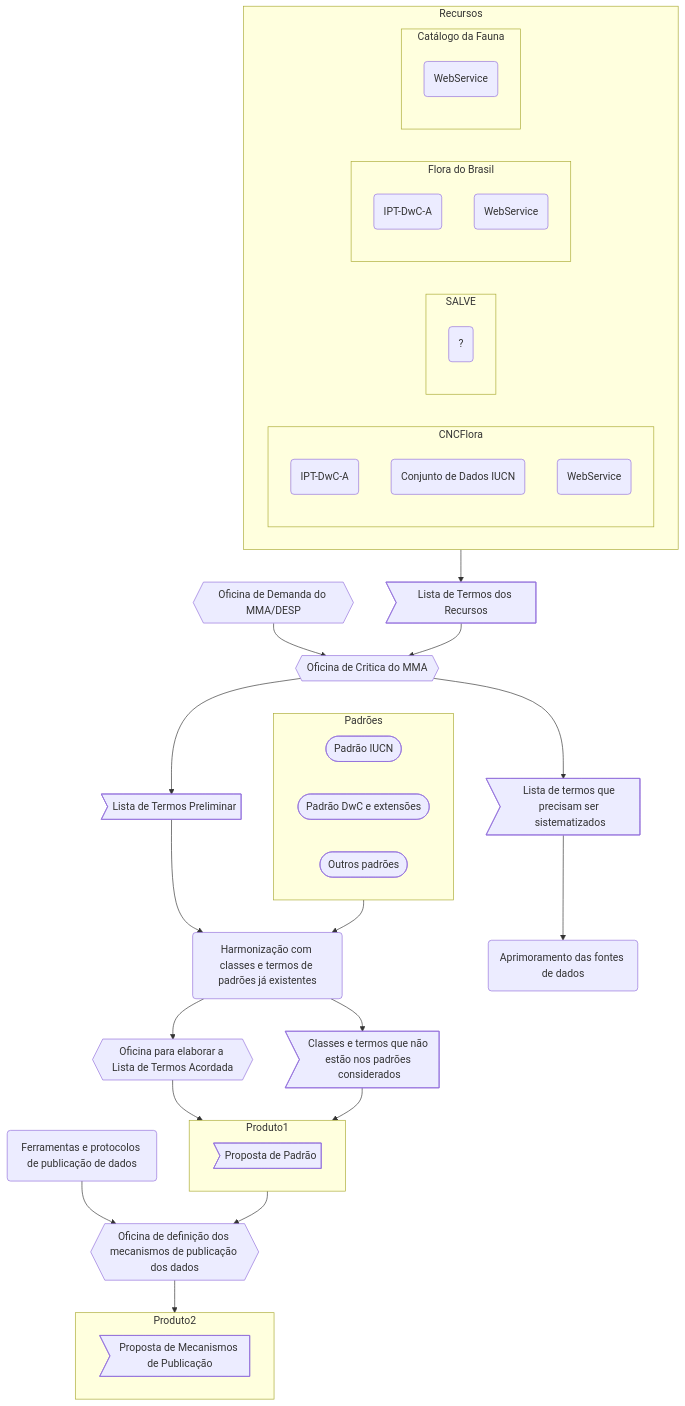
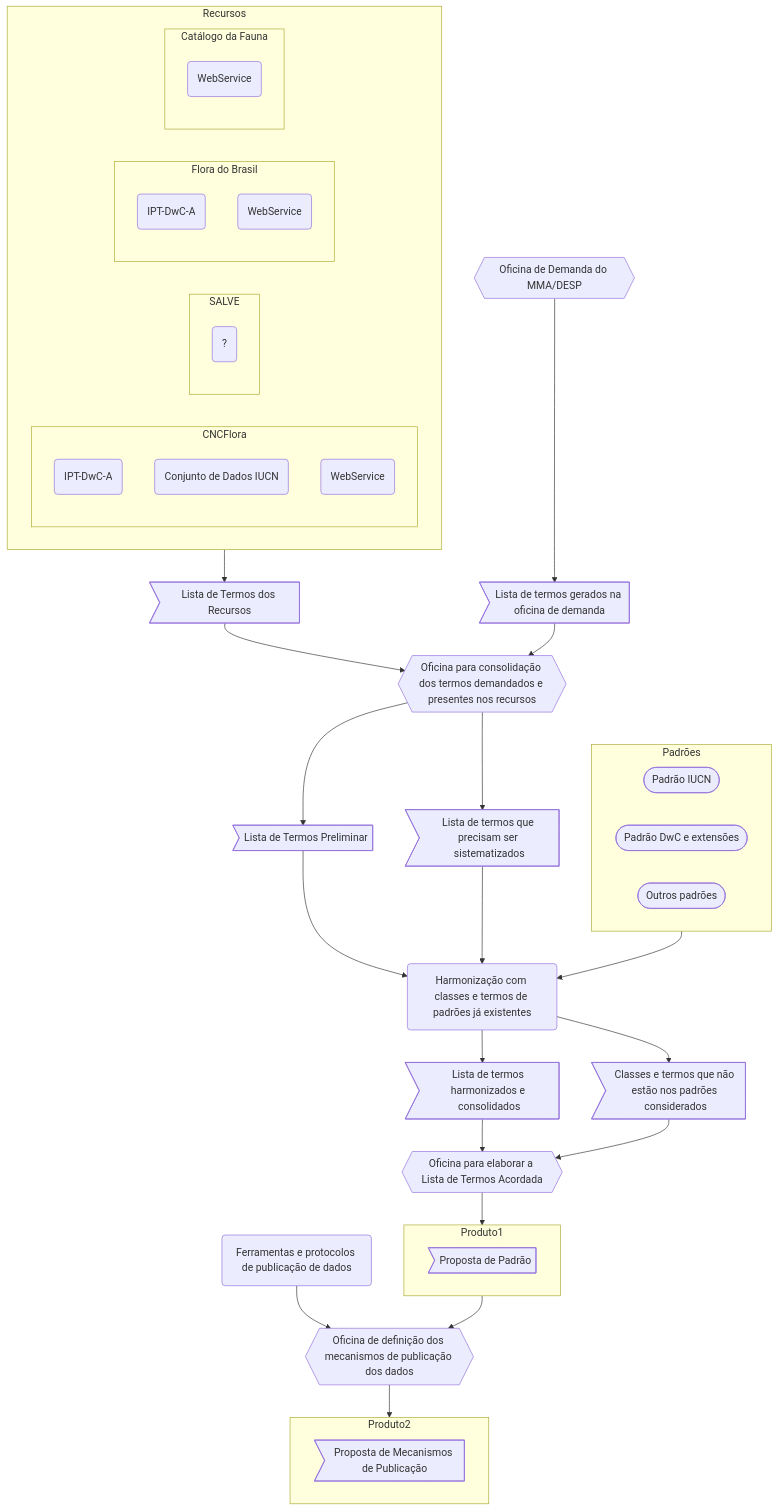
One commit to jlanna/MMA-Ameacadas changed the first of 2 diagrams in plano-de-trabalho/fluxograma.md. Above: the diagram before and after it, drawn with Mermaid.

````diff
--- a/plano-de-trabalho/fluxograma.md
+++ b/plano-de-trabalho/fluxograma.md
@@ -5,6 +5,7 @@
 ```mermaid
 flowchart TB
-    
+    %% Fluxo de trabalho da Consultoria
+
     %% define os recursos existentes que precisam ter seus termos levantados e compilados
     subgraph Recursos
         direction RL    
@@ -29,26 +30,20 @@
         end
      end
     
-    %% oficina de demanda do MMA
-    2{{Oficina de Demanda do MMA/DESP}} --> 4
     
-    %% geração do produto (3) 
+    %% a oficina 2 gera o produto produto 16 
+    2{{Oficina de Demanda do MMA/DESP}} --> 16>Lista de termos gerados na oficina de demanda]
+
+    %% os recursos existentes geram uma lista de termos - produto 3
     Recursos --> 3>Lista de Termos dos Recursos]
 
-    %% produto (3) alimenta a oficina do MMA para critica aos termos existentes (4)
-    3 --> 4{{Oficina de Critica do MMA}}
+    %% os produto 3 e 16 alimentam a oficina de consolidação dos termos (4) com a lista dos termos provenientes dos recursos (3) e a lista de termos demandados na oficina do MMA/DESP (16)
+    3 --> 4{{Oficina para consolidação dos termos demandados e presentes nos recursos}}
+    16 --> 4
 
-    %% a oficina (4) tem como resultado uma lista de termos acordada (6) e uma lista de termos que é demandada pelo MMA mas não está presente nos recursos (5)
+    %% a oficina de consolidação (4) tem como resultado uma lista de termos preliminar (6) e uma lista de termos que é demandada pelo MMA mas não está presente nos recursos (5)
     4 --> 5>Lista de termos que precisam ser sistematizados]
     4 --> 6>Lista de Termos Preliminar]
-
-    %% a lista de termos que é demandada mas não está presente nos recursos (5)alimenta um o aprimoramento das fontes de dados (8)
-    5 --> 8(Aprimoramento das fontes de dados)
-    
-    %% a lista de termos acordada na oficina (6) alimenta a ação de harmonização dos termos com os padrões existentes (9), na ação (7)
-    6 --> 7(Harmonização com classes e termos de padrões já existentes)
-    7 --> 15{{Oficina para elaborar a Lista de Termos Acordada}}
-    15  --> Produto1
 
     %% bloco dos padrões existentes (9)
     subgraph Padrões
@@ -57,7 +52,22 @@
         H([Padrão DwC e extensões])
         I([Outros padrões])
     end
+    
+
+    %% os produtos da oficina de consolidação (4) - a saber: a lista de termos preliminar (6) e a lista de termos que precisam ser sistematizados (5) alimentam a ação de harmonização (7).
+    6 --> 7(Harmonização com classes e termos de padrões já existentes)
+    5 --> 7 
     Padrões --> 7
+
+    %% a ação de harmonização gera uma lista de termos consolidados e acordados (17) e uma lista de termos que não existe nos padrões e precisam ser definidos em um novo padrão
+    7 --> 17>Lista de termos harmonizados e consolidados]
+
+    %% esta lista de termos harmonizados e consolidados (17), assim como a lista de classes e termos que não estão nos padrões existentes e precisam ser definidos, alimenta a oficina para a elaboração da lista de termos acordados, que irá, em última instância, gerar o Produto1 - a proposta de padrão
+
+    17 --> 15{{Oficina para elaborar a Lista de Termos Acordada}}
+    10 --> 15
+    15  --> Produto1
+
 
     %% a ação de harmonização irá encontrar classes e termos demandados que não estão presentes em nenhum padrão, gerando a necessidade de sistematizar essas classes e termos em um relatório (10)
     7 --> 10>Classes e termos que não estão nos padrões considerados]
@@ -67,8 +77,6 @@
         11>Proposta de Padrão]
     end
     
-    10 --> Produto1
-
     %% o Produto1 alimenta a oficina para definição dos mecanimos de publicação
     Produto1 --> 12{{Oficina de definição dos mecanismos de publicação dos dados}}
 
````
